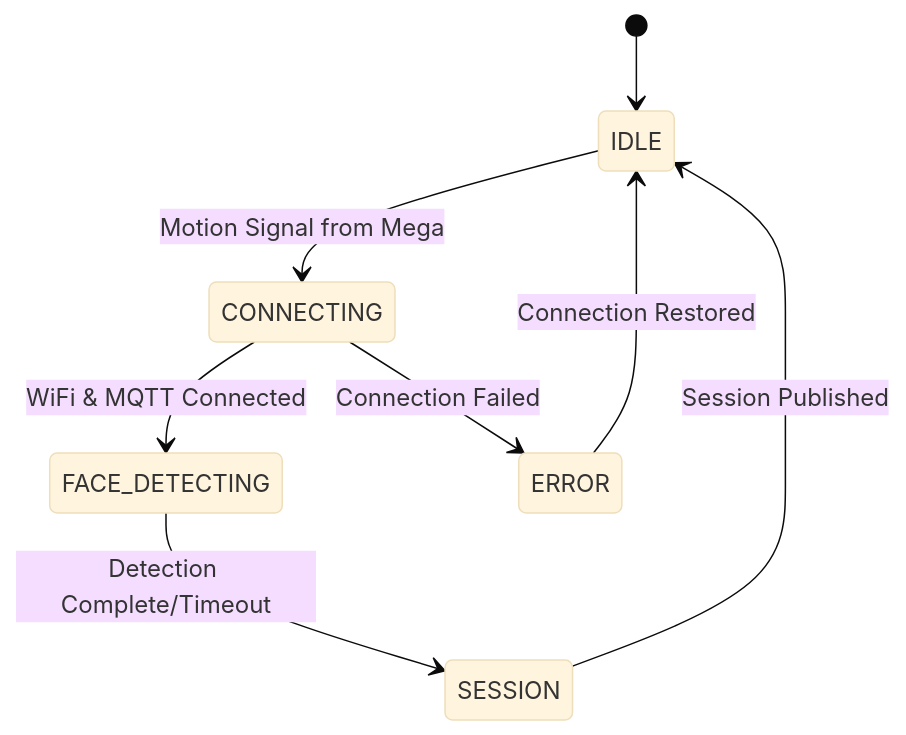
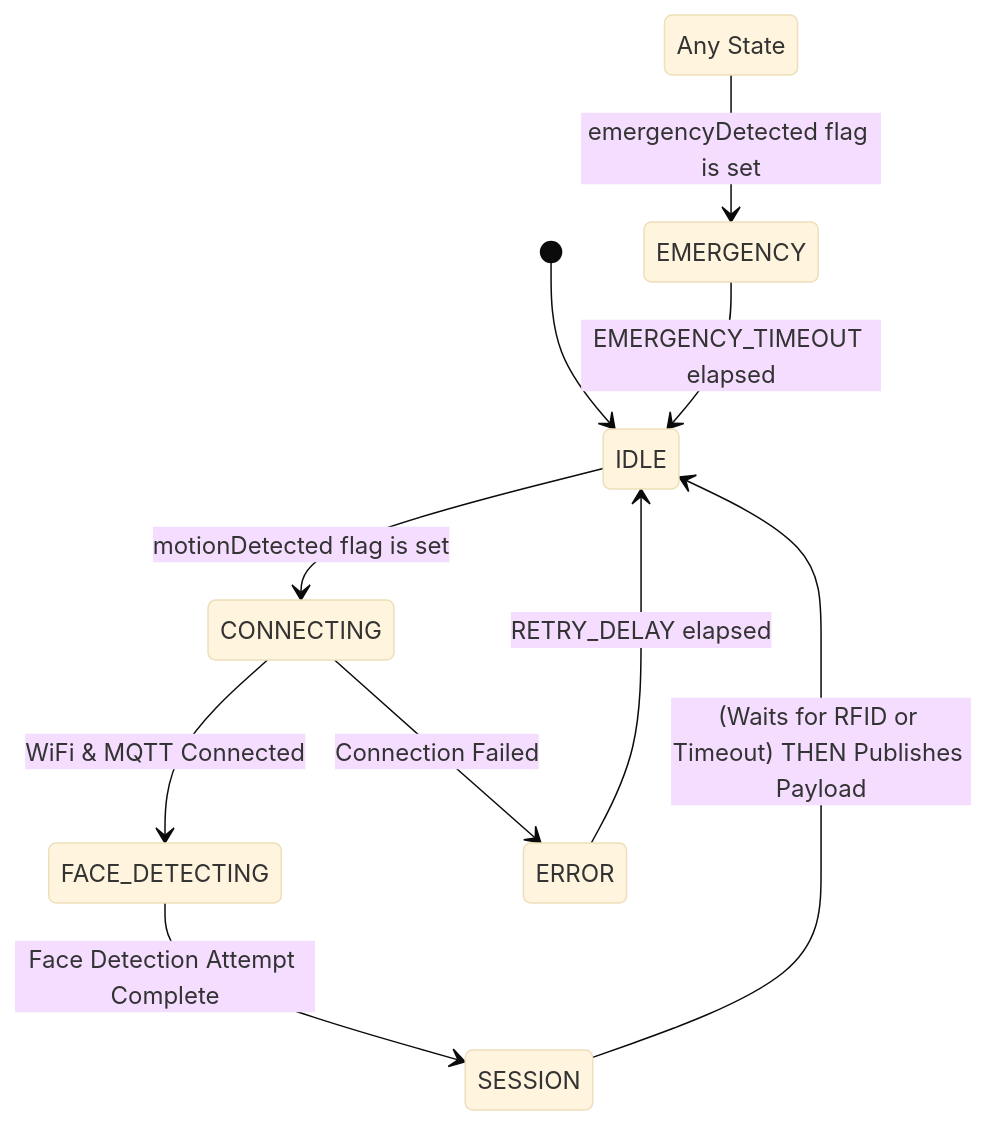
The diagram in ESP32-WROVER/README.md (KalebCole/Campus-Security-and-Evacuation-System), drawn with Mermaid (base theme) before and after one commit. The commit also changed other lines of this file and 19 other files, not shown here.

````diff
--- a/ESP32-WROVER/README.md
+++ b/ESP32-WROVER/README.md
@@ -60,11 +55,15 @@
 ```mermaid
 stateDiagram-v2
     [*] --> IDLE
-    IDLE --> CONNECTING: Motion Signal from Mega
+    IDLE --> CONNECTING: motionDetected flag is set
     CONNECTING --> FACE_DETECTING: WiFi & MQTT Connected
     CONNECTING --> ERROR: Connection Failed
-    FACE_DETECTING --> SESSION: Detection Complete/Timeout
-    SESSION --> IDLE: Session Published
-    
-    ERROR --> IDLE: Connection Restored
+    FACE_DETECTING --> SESSION: Face Detection Attempt Complete
+    SESSION --> IDLE: (Waits for RFID or Timeout) THEN Publishes Payload
+
+    state "Any State" as ANY
+    ANY --> EMERGENCY: emergencyDetected flag is set
+    EMERGENCY --> IDLE: EMERGENCY_TIMEOUT elapsed
+
+    ERROR --> IDLE: RETRY_DELAY elapsed
 ```
````
